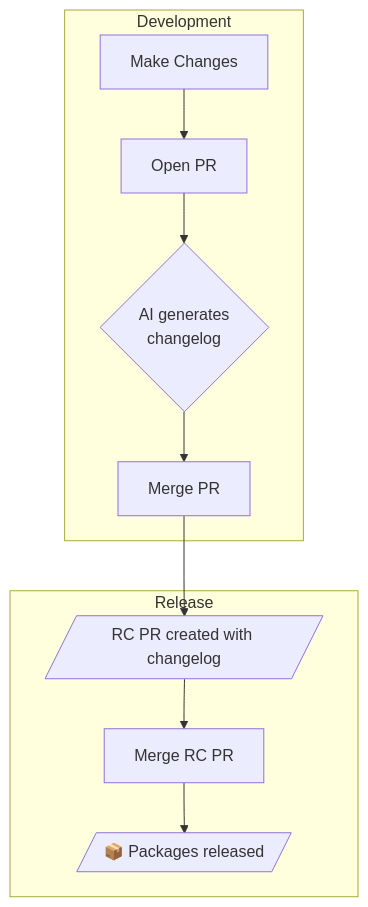
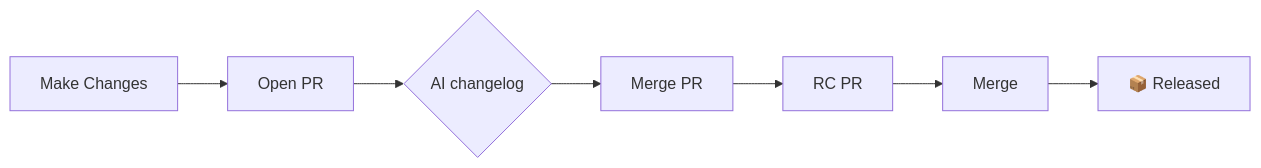
Before and after one commit to wevm/changelogs-rs: the diagram in README.md, drawn with Mermaid.

Commit message:
docs: simplify mermaid flowchart
Amp-Thread-ID: https://ampcode.com/threads/T-019c20b2-1d60-7519-849d-cce0d8b11977

````diff
--- a/README.md
+++ b/README.md
@@ -36,13 +36,4 @@
 ```mermaid
-flowchart TB
-    subgraph Development
-        A[Make Changes] --> B[Open PR]
-        B --> C{AI generates<br/>changelog}
-        C --> D[Merge PR]
-    end
-    subgraph Release
-        D --> E[/RC PR created with changelog/]
-        E --> F[Merge RC PR]
-        F --> G[/📦 Packages released/]
-    end
+flowchart LR
+    A[Make Changes] --> B[Open PR] --> C{AI changelog} --> D[Merge PR] --> E[RC PR] --> F[Merge] --> G[📦 Released]
 ```
````
